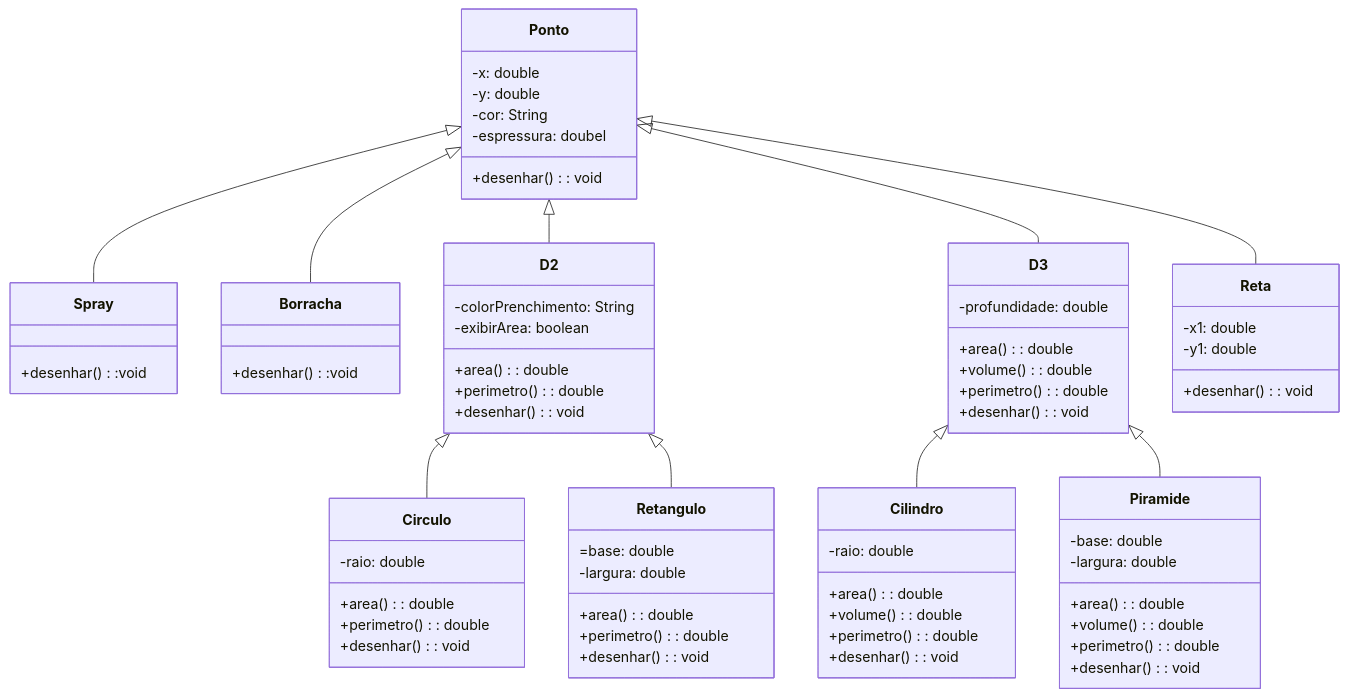
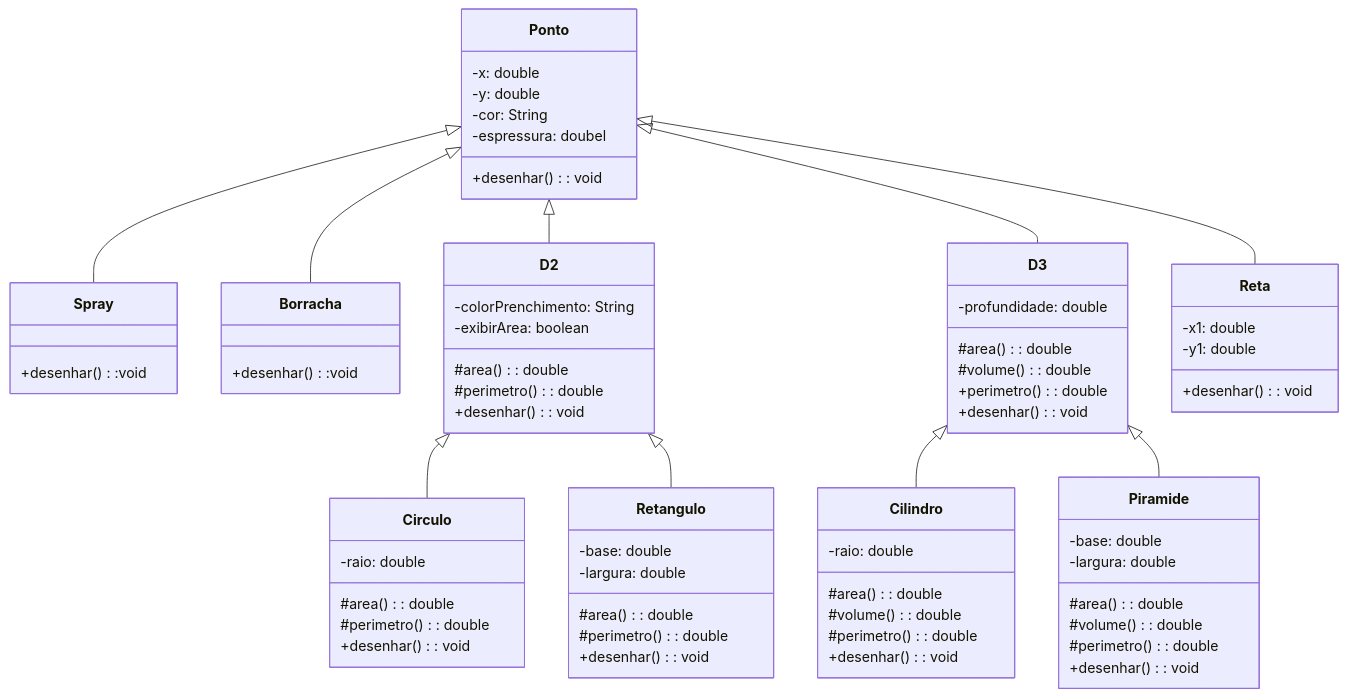
Before and after one commit to StephanyeCunto/PaintBrush: the diagram in README.md, drawn with Mermaid. The commit also changed 12 other files, not shown here.

````diff
--- a/README.md
+++ b/README.md
@@ -71,82 +71,82 @@
 ```mermaid
 classDiagram
     class Ponto {
         -x: double
         -y: double
         -cor: String
          -espressura: doubel
         +desenhar(): void
     }
 
 class Spray{
    +desenhar():void
 }
 
 class Borracha{
    +desenhar():void
 }
 
     class D2 {
         -colorPrenchimento: String
         -exibirArea: boolean
-        +area(): double
-        +perimetro(): double
+        #area(): double
+        #perimetro(): double
         +desenhar(): void
     }
 
     class D3 {
         -profundidade: double
-        +area(): double
-        +volume(): double
+        #area(): double
+        #volume(): double
         +perimetro(): double
         +desenhar(): void
     }
 
     class Reta {
         -x1: double
         -y1: double
         +desenhar(): void
     }
 
     class Circulo {
         -raio: double
-        +area(): double
-        +perimetro(): double
+        #area(): double
+        #perimetro(): double
         +desenhar(): void
     }
 
     class Retangulo {
-        =base: double
+        -base: double
         -largura: double
-        +area(): double
-        +perimetro(): double
+        #area(): double
+        #perimetro(): double
         +desenhar(): void
     }
 
     class Cilindro {
         -raio: double
-        +area(): double
-        +volume(): double
-        +perimetro(): double
+        #area(): double
+        #volume(): double
+        #perimetro(): double
         +desenhar(): void
     }
 
     class Piramide {
         -base: double
         -largura: double
-        +area(): double
-        +volume(): double
-        +perimetro(): double
+        #area(): double
+        #volume(): double
+        #perimetro(): double
         +desenhar(): void
     }
 
     Ponto <|-- D2
     Ponto <|-- D3
     Ponto <|-- Reta
 Ponto<|-- Spray
    Ponto<|-- Borracha
     D2 <|-- Circulo
     D2 <|-- Retangulo
     D3 <|-- Cilindro
     D3 <|-- Piramide
 ```
````
